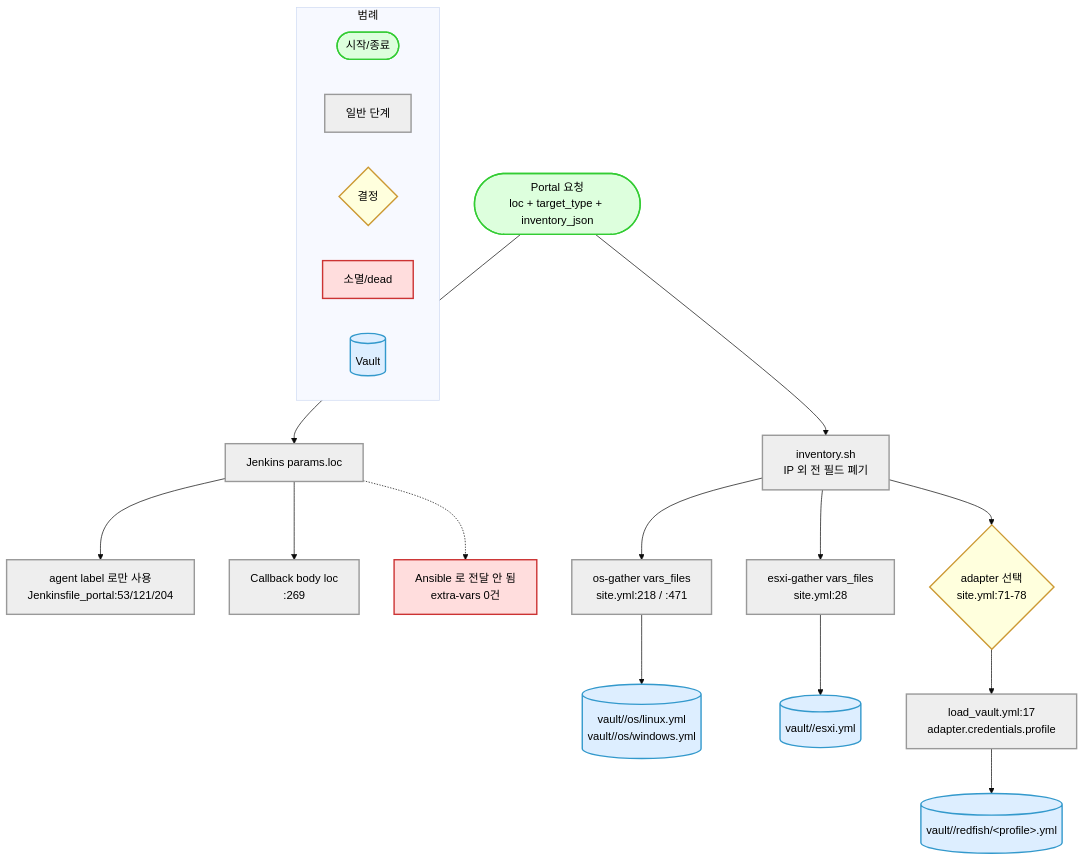
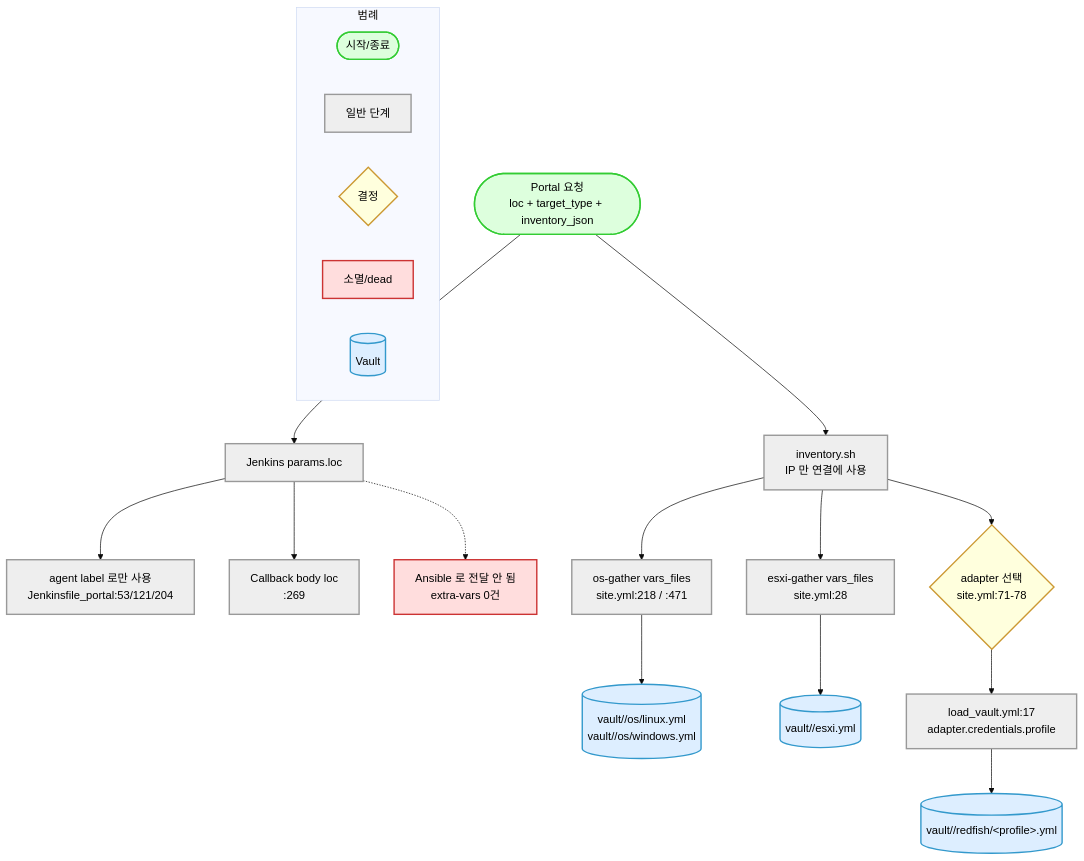
Before and after one commit to hshwang1994/server-exporter: the first of 2 diagrams in docs/ai/contracts/vault-credential-resolver.md, drawn with Mermaid (base theme). The commit also changed other lines of this file and 2 other files, not shown here.

First line of the commit message:
harness: inventory 입력 후속 · 시험 이력 · 계약 노트

````diff
--- a/docs/ai/contracts/vault-credential-resolver.md
+++ b/docs/ai/contracts/vault-credential-resolver.md
@@ -67,41 +67,41 @@
 ```mermaid
 flowchart TD
     subgraph LEGEND ["범례"]
       L1([시작/종료]):::ok
       L2[일반 단계]:::plain
       L3{결정}:::warn
       L4[소멸/dead]:::ng
       L5[(Vault)]:::store
     end
 
     P([Portal 요청<br/>loc + target_type + inventory_json]):::ok
     JL[Jenkins params.loc]:::plain
     AG[agent label 로만 사용<br/>Jenkinsfile_portal:53/121/204]:::plain
     CB[Callback body loc<br/>:269]:::plain
     DEAD[Ansible 로 전달 안 됨<br/>extra-vars 0건]:::ng
 
-    INV[inventory.sh<br/>IP 외 전 필드 폐기]:::plain
+    INV[inventory.sh<br/>IP 만 연결에 사용]:::plain
 
     OSV[(vault/<loc>/os/linux.yml<br/>vault/<loc>/os/windows.yml)]:::store
     EXV[(vault/<loc>/esxi.yml)]:::store
     RFV[(vault/<loc>/redfish/&lt;profile&gt;.yml)]:::store
 
     OSP[os-gather vars_files<br/>site.yml:218 / :471]:::plain
     EXP[esxi-gather vars_files<br/>site.yml:28]:::plain
     ADP{adapter 선택<br/>site.yml:71-78}:::warn
     RFP[load_vault.yml:17<br/>adapter.credentials.profile]:::plain
 
     P --> JL --> AG
     JL --> CB
     JL -.-> DEAD
     P --> INV
     INV --> OSP --> OSV
     INV --> EXP --> EXV
     INV --> ADP --> RFP --> RFV
 
     classDef ok fill:#dfd,stroke:#3c3,stroke-width:2px,color:#000
     classDef ng fill:#fdd,stroke:#c33,stroke-width:2px,color:#000
     classDef warn fill:#ffd,stroke:#c93,stroke-width:2px,color:#000
     classDef plain fill:#eee,stroke:#999,stroke-width:2px,color:#000
     classDef store fill:#def,stroke:#39c,stroke-width:2px,color:#000
 ```
````
